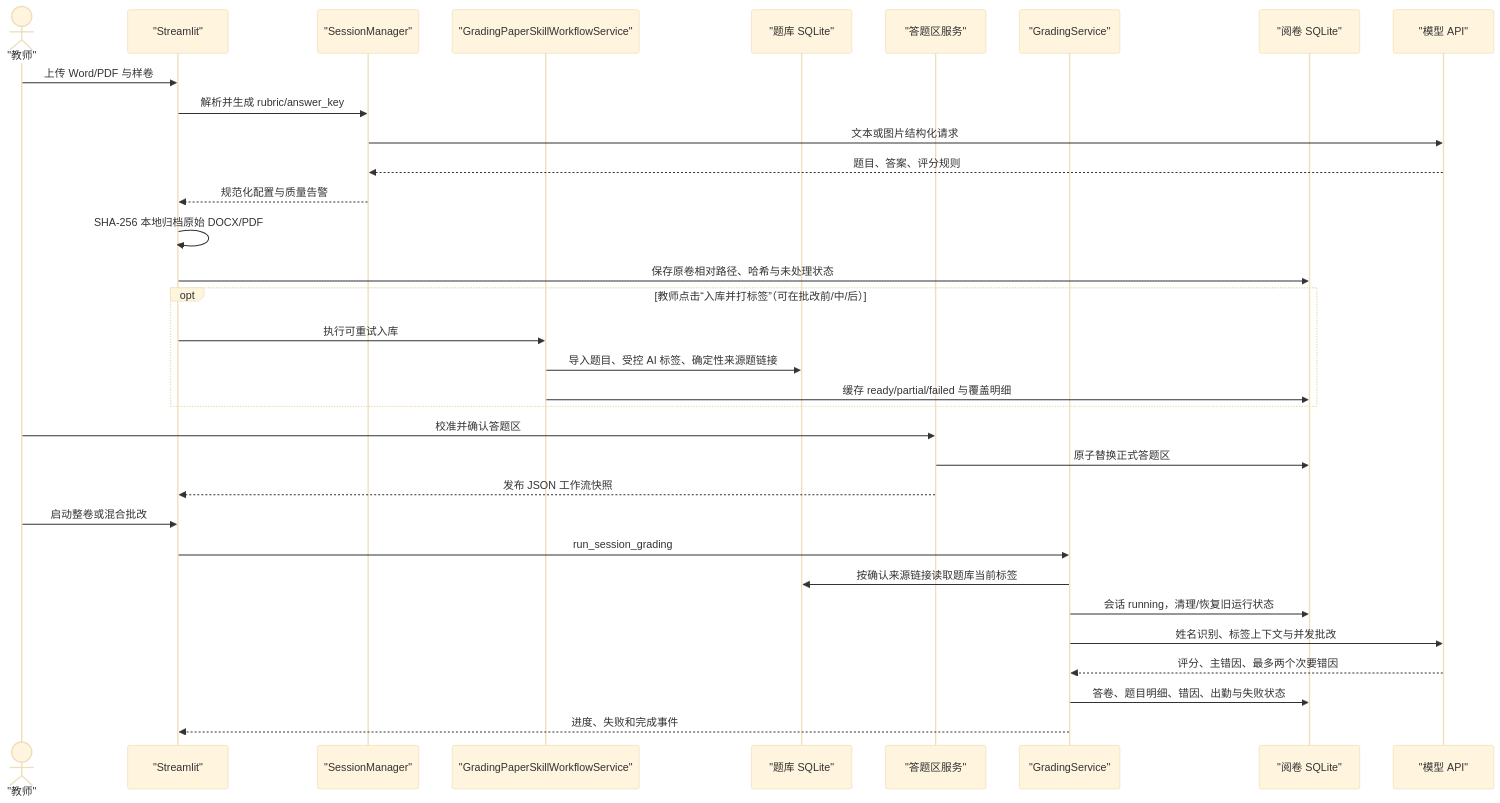
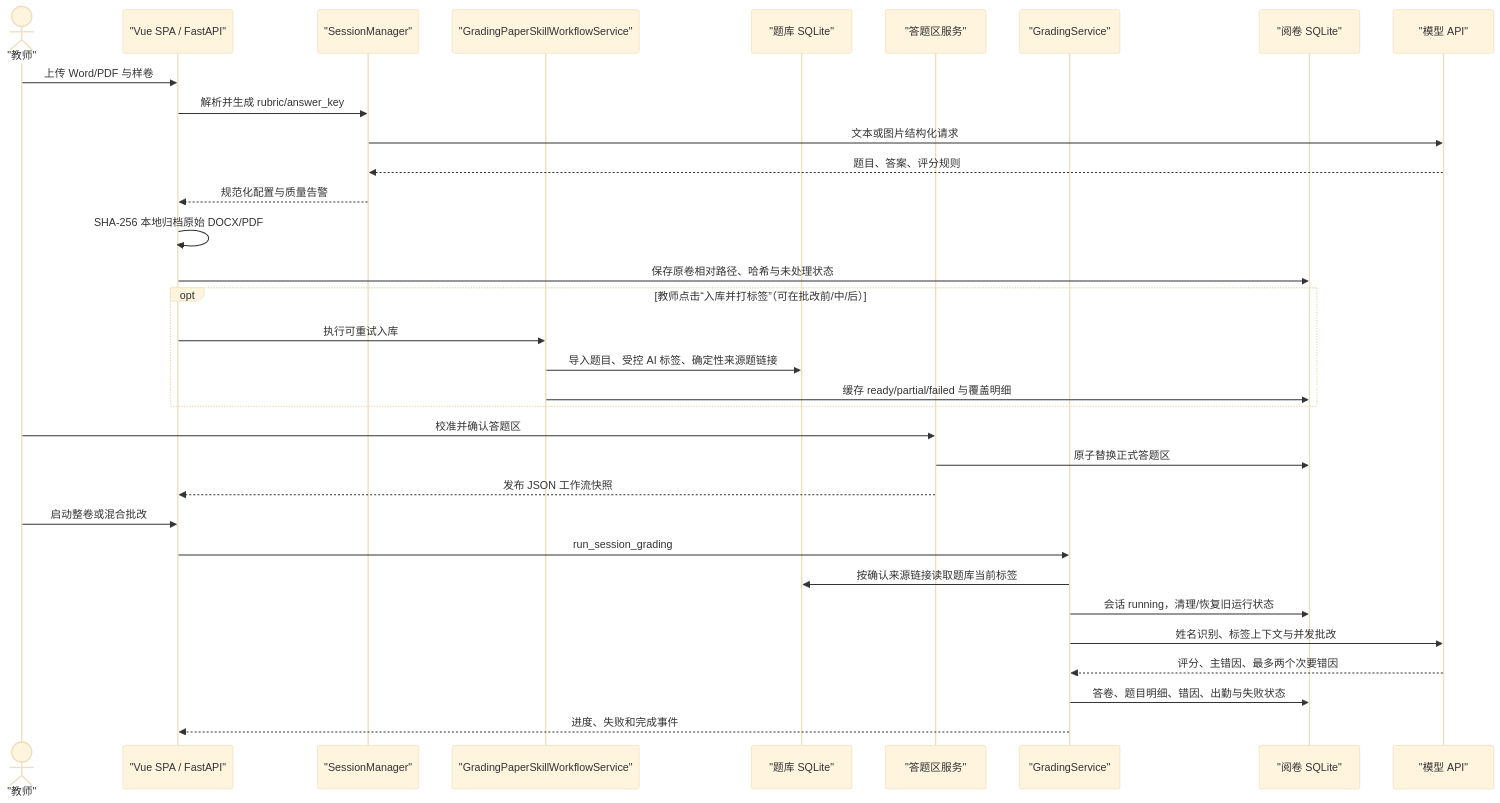
One commit to Hineni412/ai-grading-system-workstation changed the third of 5 diagrams in ARCHITECTURE.md. Above: the diagram before and after it, drawn with Mermaid (base theme). The commit also changed other lines of this file and 5 other files, not shown here.

````diff
--- a/ARCHITECTURE.md
+++ b/ARCHITECTURE.md
@@ -308,36 +308,36 @@
 ```mermaid
 sequenceDiagram
     actor U as "教师"
-    participant UI as "Streamlit"
+    participant UI as "Vue SPA / FastAPI"
     participant CFG as "SessionManager"
     participant WF as "GradingPaperSkillWorkflowService"
     participant QB as "题库 SQLite"
     participant REG as "答题区服务"
     participant GR as "GradingService"
     participant DB as "阅卷 SQLite"
     participant AI as "模型 API"
 
     U->>UI: 上传 Word/PDF 与样卷
     UI->>CFG: 解析并生成 rubric/answer_key
     CFG->>AI: 文本或图片结构化请求
     AI-->>CFG: 题目、答案、评分规则
     CFG-->>UI: 规范化配置与质量告警
     UI->>UI: SHA-256 本地归档原始 DOCX/PDF
     UI->>DB: 保存原卷相对路径、哈希与未处理状态
     opt 教师点击“入库并打标签”（可在批改前/中/后）
         UI->>WF: 执行可重试入库
         WF->>QB: 导入题目、受控 AI 标签、确定性来源题链接
         WF->>DB: 缓存 ready/partial/failed 与覆盖明细
     end
     U->>REG: 校准并确认答题区
     REG->>DB: 原子替换正式答题区
     REG-->>UI: 发布 JSON 工作流快照
     U->>UI: 启动整卷或混合批改
     UI->>GR: run_session_grading
     GR->>QB: 按确认来源链接读取题库当前标签
     GR->>DB: 会话 running，清理/恢复旧运行状态
     GR->>AI: 姓名识别、标签上下文与并发批改
     AI-->>GR: 评分、主错因、最多两个次要错因
     GR->>DB: 答卷、题目明细、错因、出勤与失败状态
     GR-->>UI: 进度、失败和完成事件
 ```
````
